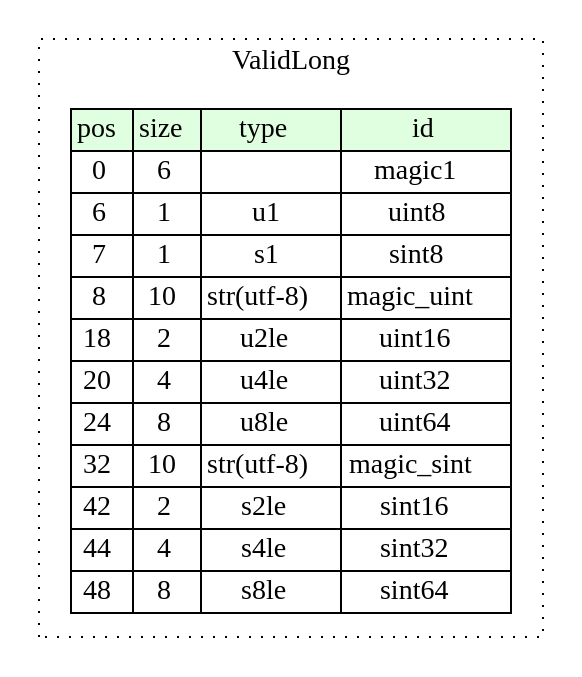
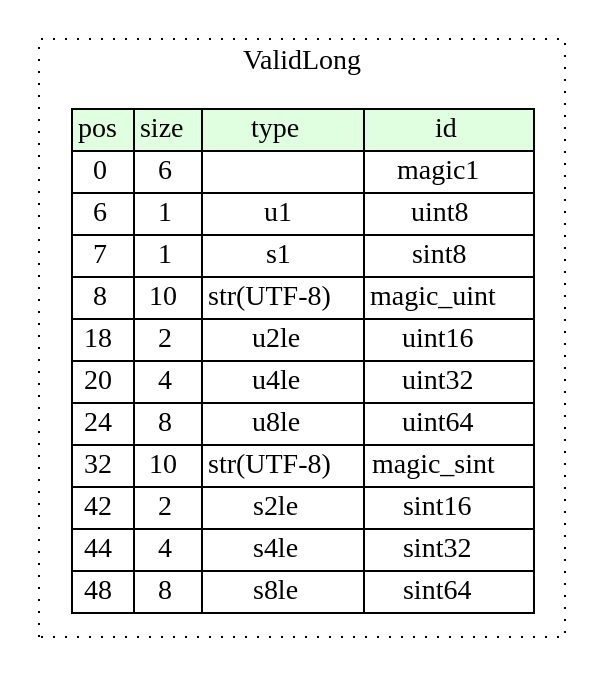
One commit to kaitai-io/ci_targets changed the diagram in compiled/graphviz/valid_long.dot. Above: the diagram before and after it, drawn with Graphviz. The commit also changed 44 other files, not shown here.

```diff
--- a/compiled/graphviz/valid_long.dot
+++ b/compiled/graphviz/valid_long.dot
@@ -1,23 +1,23 @@
 digraph {
 	rankdir=LR;
 	node [shape=plaintext];
 	subgraph cluster__valid_long {
 		label="ValidLong";
 		graph[style=dotted];
 
 		valid_long__seq [label=<<TABLE BORDER="0" CELLBORDER="1" CELLSPACING="0">
 			<TR><TD BGCOLOR="#E0FFE0">pos</TD><TD BGCOLOR="#E0FFE0">size</TD><TD BGCOLOR="#E0FFE0">type</TD><TD BGCOLOR="#E0FFE0">id</TD></TR>
 			<TR><TD PORT="magic1_pos">0</TD><TD PORT="magic1_size">6</TD><TD></TD><TD PORT="magic1_type">magic1</TD></TR>
 			<TR><TD PORT="uint8_pos">6</TD><TD PORT="uint8_size">1</TD><TD>u1</TD><TD PORT="uint8_type">uint8</TD></TR>
 			<TR><TD PORT="sint8_pos">7</TD><TD PORT="sint8_size">1</TD><TD>s1</TD><TD PORT="sint8_type">sint8</TD></TR>
-			<TR><TD PORT="magic_uint_pos">8</TD><TD PORT="magic_uint_size">10</TD><TD>str(utf-8)</TD><TD PORT="magic_uint_type">magic_uint</TD></TR>
+			<TR><TD PORT="magic_uint_pos">8</TD><TD PORT="magic_uint_size">10</TD><TD>str(UTF-8)</TD><TD PORT="magic_uint_type">magic_uint</TD></TR>
 			<TR><TD PORT="uint16_pos">18</TD><TD PORT="uint16_size">2</TD><TD>u2le</TD><TD PORT="uint16_type">uint16</TD></TR>
 			<TR><TD PORT="uint32_pos">20</TD><TD PORT="uint32_size">4</TD><TD>u4le</TD><TD PORT="uint32_type">uint32</TD></TR>
 			<TR><TD PORT="uint64_pos">24</TD><TD PORT="uint64_size">8</TD><TD>u8le</TD><TD PORT="uint64_type">uint64</TD></TR>
-			<TR><TD PORT="magic_sint_pos">32</TD><TD PORT="magic_sint_size">10</TD><TD>str(utf-8)</TD><TD PORT="magic_sint_type">magic_sint</TD></TR>
+			<TR><TD PORT="magic_sint_pos">32</TD><TD PORT="magic_sint_size">10</TD><TD>str(UTF-8)</TD><TD PORT="magic_sint_type">magic_sint</TD></TR>
 			<TR><TD PORT="sint16_pos">42</TD><TD PORT="sint16_size">2</TD><TD>s2le</TD><TD PORT="sint16_type">sint16</TD></TR>
 			<TR><TD PORT="sint32_pos">44</TD><TD PORT="sint32_size">4</TD><TD>s4le</TD><TD PORT="sint32_type">sint32</TD></TR>
 			<TR><TD PORT="sint64_pos">48</TD><TD PORT="sint64_size">8</TD><TD>s8le</TD><TD PORT="sint64_type">sint64</TD></TR>
 		</TABLE>>];
 	}
 }
```
